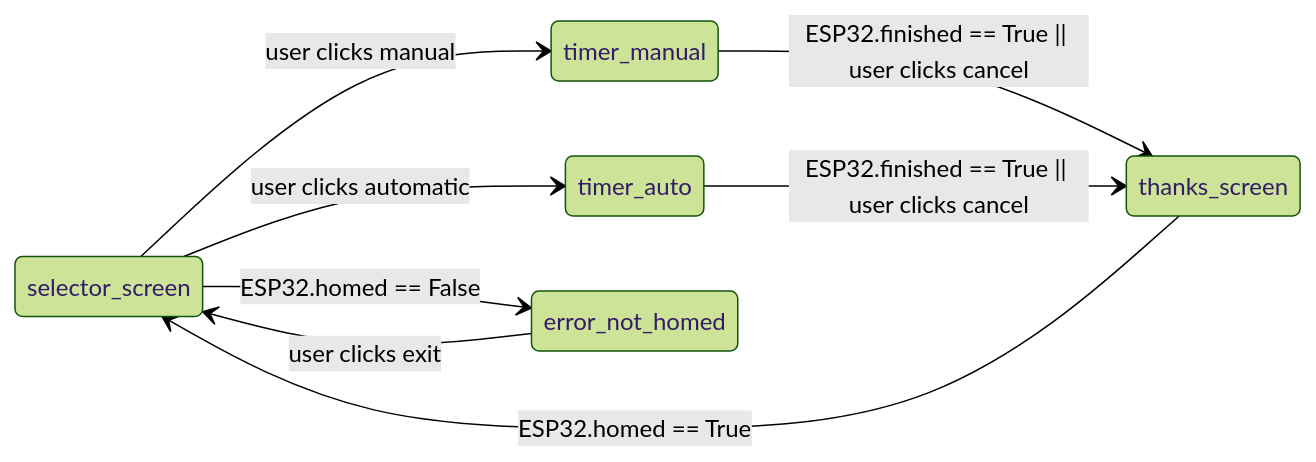
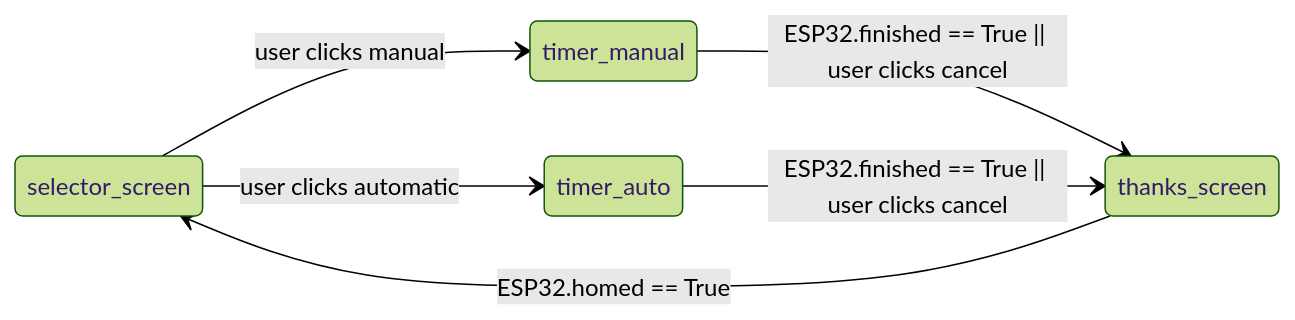
Before and after one commit to SamPhi/SoftServeShipping: the fourth of 5 diagrams in README.md, drawn with Mermaid (forest theme). The commit also changed other lines of this file, not shown here.

````diff
--- a/README.md
+++ b/README.md
@@ -99,12 +317,10 @@
 ```mermaid
 stateDiagram
     direction LR
     
     selector_screen --> timer_manual: user clicks manual 
     selector_screen --> timer_auto: user clicks automatic
     timer_manual --> thanks_screen: ESP32.finished == True || user clicks cancel
     timer_auto --> thanks_screen: ESP32.finished == True || user clicks cancel
-    thanks_screen --> selector_screen: ESP32.homed == True
-    selector_screen --> error_not_homed: ESP32.homed == False
-    error_not_homed --> selector_screen: user clicks exit    
+    thanks_screen --> selector_screen: ESP32.homed == True    
 ```
````
